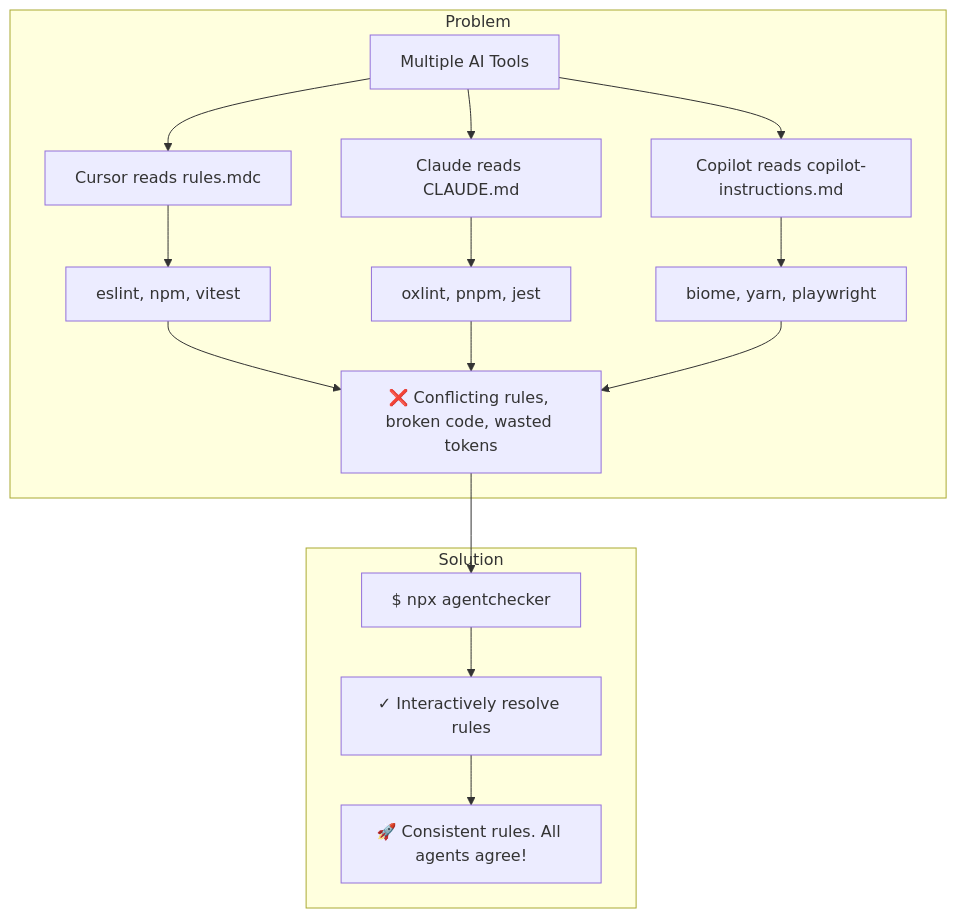
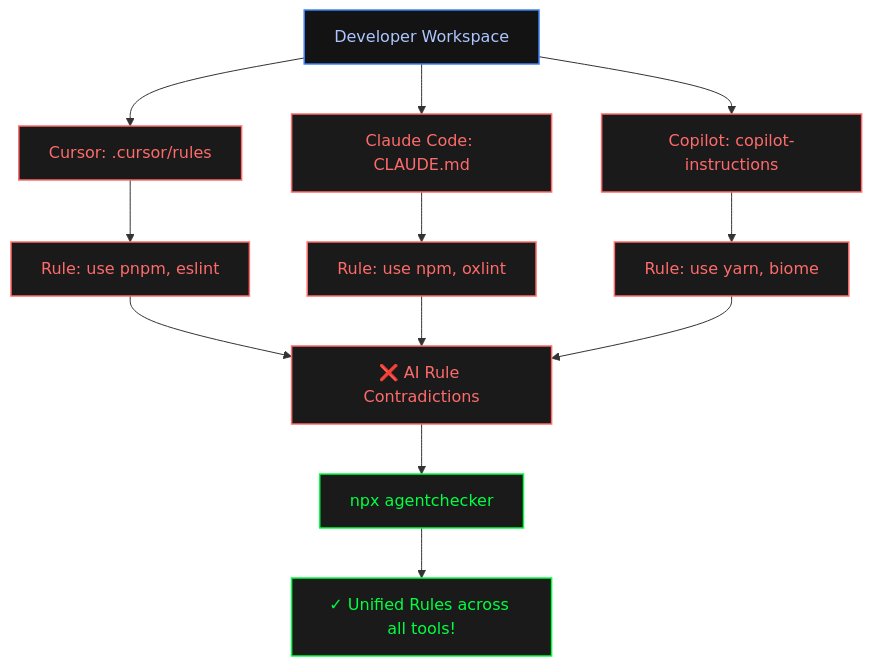
Before and after one commit to moisesvalero/agentchecker: the first of 2 diagrams in README.md, drawn with Mermaid. The commit also changed other lines of this file, not shown here.

Commit message:
docs: polish README with workflow guides and stylized diagrams

````diff
--- a/README.md
+++ b/README.md
@@ -21,17 +38,18 @@
 ```mermaid
 graph TD
-    subgraph Problem
-        A[Multiple AI Tools] --> B[Cursor reads rules.mdc]
-        A --> C[Claude reads CLAUDE.md]
-        A --> D[Copilot reads copilot-instructions.md]
-        B --> E["eslint, npm, vitest"]
-        C --> F["oxlint, pnpm, jest"]
-        D --> G["biome, yarn, playwright"]
-        E & F & G --> H[❌ Conflicting rules, broken code, wasted tokens]
-    end
-    subgraph Solution
-        H --> I["$ npx agentchecker"]
-        I --> J[✓ Interactively resolve rules]
-        J --> K[🚀 Consistent rules. All agents agree!]
-    end
+    classDef problem fill:#1a1a1a,stroke:#ff6b6b,stroke-width:1.5px,color:#ff6b6b;
+    classDef solution fill:#1a1a1a,stroke:#00ff41,stroke-width:1.5px,color:#00ff41;
+    classDef neutral fill:#131313,stroke:#3b82f6,stroke-width:1.5px,color:#adc6ff;
+    
+    A[Developer Workspace]:::neutral --> B[Cursor: .cursor/rules]:::problem
+    A --> C[Claude Code: CLAUDE.md]:::problem
+    A --> D[Copilot: copilot-instructions]:::problem
+    
+    B --> E["Rule: use pnpm, eslint"]:::problem
+    C --> F["Rule: use npm, oxlint"]:::problem
+    D --> G["Rule: use yarn, biome"]:::problem
+    
+    E & F & G --> H[❌ AI Rule Contradictions]:::problem
+    H --> I[npx agentchecker]:::solution
+    I --> J[✓ Unified Rules across all tools!]:::solution
 ```
````
